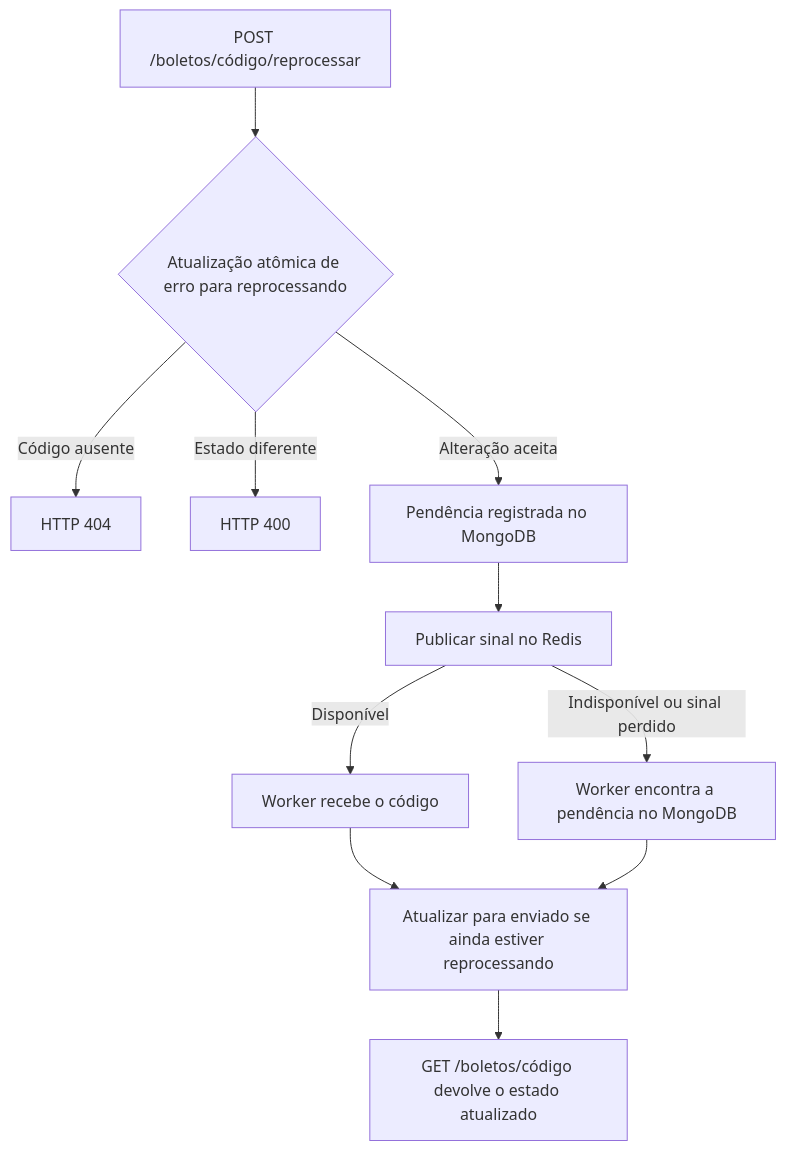
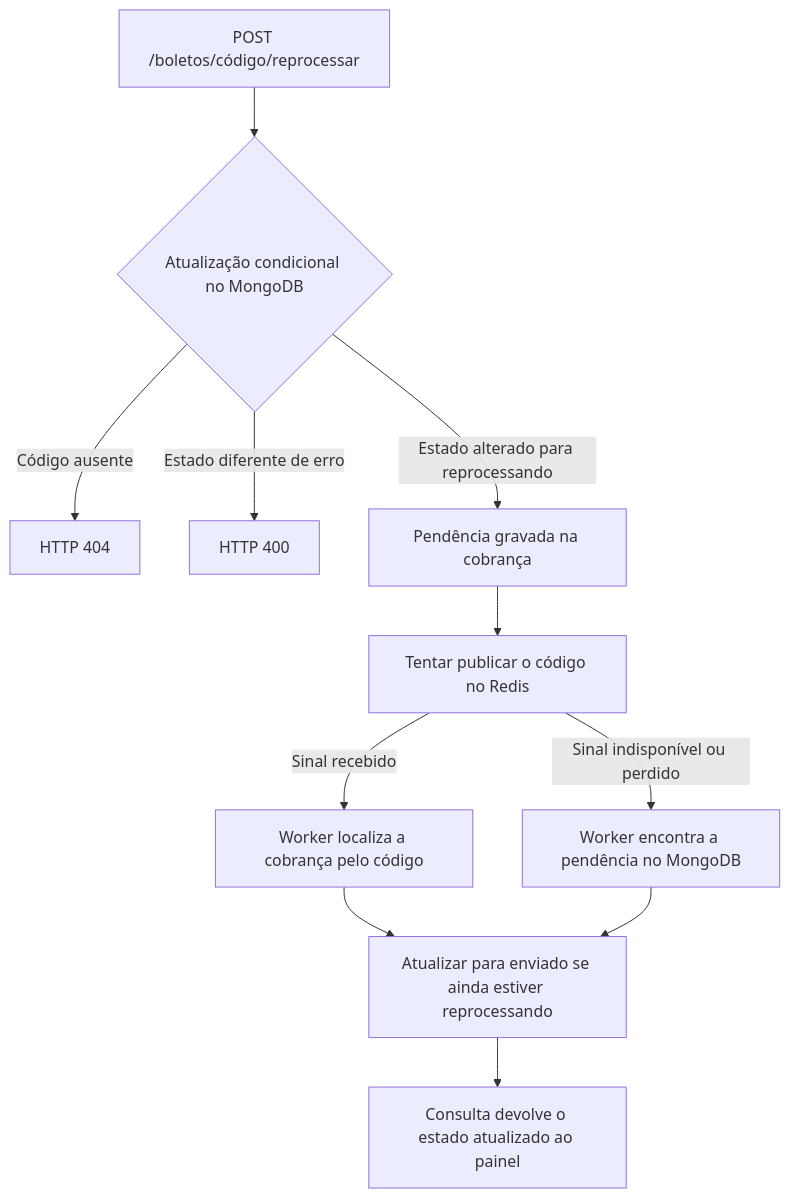
The second of 2 diagrams in README.md (DandaraEmiliano/boleto-service), drawn with Mermaid before and after one commit. The commit also changed other lines of this file and 2 other files, not shown here.

Commit message:
Document hosted boleto workflows with screenshots and diagrams

````diff
--- a/README.md
+++ b/README.md
@@ -39,13 +54,13 @@
 ```mermaid
 flowchart TD
-    A[POST /boletos/código/reprocessar] --> B{Atualização atômica de erro para reprocessando}
+    A[POST /boletos/código/reprocessar] --> B{Atualização condicional no MongoDB}
     B -->|Código ausente| C[HTTP 404]
-    B -->|Estado diferente| D[HTTP 400]
-    B -->|Alteração aceita| E[Pendência registrada no MongoDB]
-    E --> F[Publicar sinal no Redis]
-    F -->|Disponível| G[Worker recebe o código]
-    F -->|Indisponível ou sinal perdido| H[Worker encontra a pendência no MongoDB]
+    B -->|Estado diferente de erro| D[HTTP 400]
+    B -->|Estado alterado para reprocessando| E[Pendência gravada na cobrança]
+    E --> F[Tentar publicar o código no Redis]
+    F -->|Sinal recebido| G[Worker localiza a cobrança pelo código]
+    F -->|Sinal indisponível ou perdido| H[Worker encontra a pendência no MongoDB]
     G --> I[Atualizar para enviado se ainda estiver reprocessando]
     H --> I
-    I --> J[GET /boletos/código devolve o estado atualizado]
+    I --> J[Consulta devolve o estado atualizado ao painel]
 ```
````
